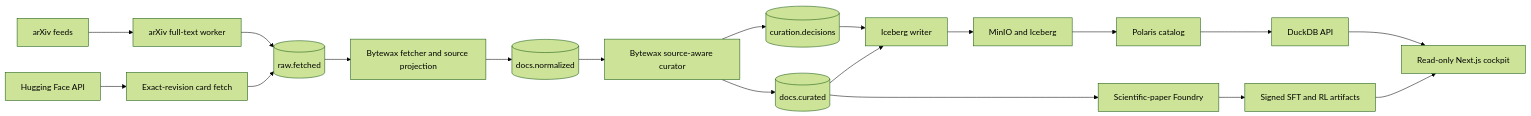
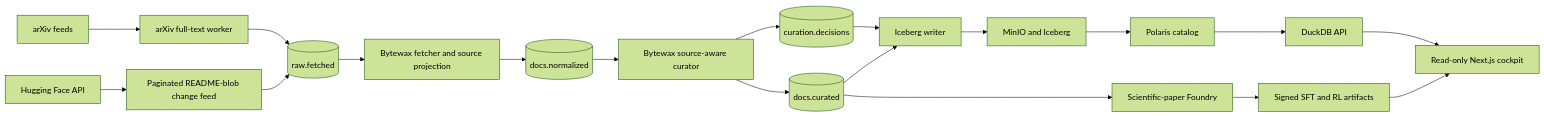
Before and after one commit to 0Chris5R/Stream2Pretrain: the diagram in docs/architecture.md, drawn with Mermaid (forest theme). The commit also changed other lines of this file and 23 other files, not shown here.

````diff
--- a/docs/architecture.md
+++ b/docs/architecture.md
@@ -5,21 +5,21 @@
 ```mermaid
 flowchart LR
   arxiv["arXiv feeds"] --> arxivFetch["arXiv full-text worker"]
-  hf["Hugging Face API"] --> hfFetch["Exact-revision card fetch"]
+  hf["Hugging Face API"] --> hfFetch["Paginated README-blob change feed"]
   arxivFetch --> raw[(raw.fetched)]
   hfFetch --> raw
   raw --> fetcher["Bytewax fetcher and source projection"]
   fetcher --> normalized[(docs.normalized)]
   normalized --> curator["Bytewax source-aware curator"]
   curator --> decisions[(curation.decisions)]
   curator --> curated[(docs.curated)]
   decisions --> writer["Iceberg writer"]
   curated --> writer
   writer --> minio["MinIO and Iceberg"]
   minio --> polaris["Polaris catalog"]
   polaris --> duckdb["DuckDB API"]
   duckdb --> ui["Read-only Next.js cockpit"]
   curated --> foundry["Scientific-paper Foundry"]
   foundry --> packages["Signed SFT and RL artifacts"]
   packages --> ui
 ```
````
